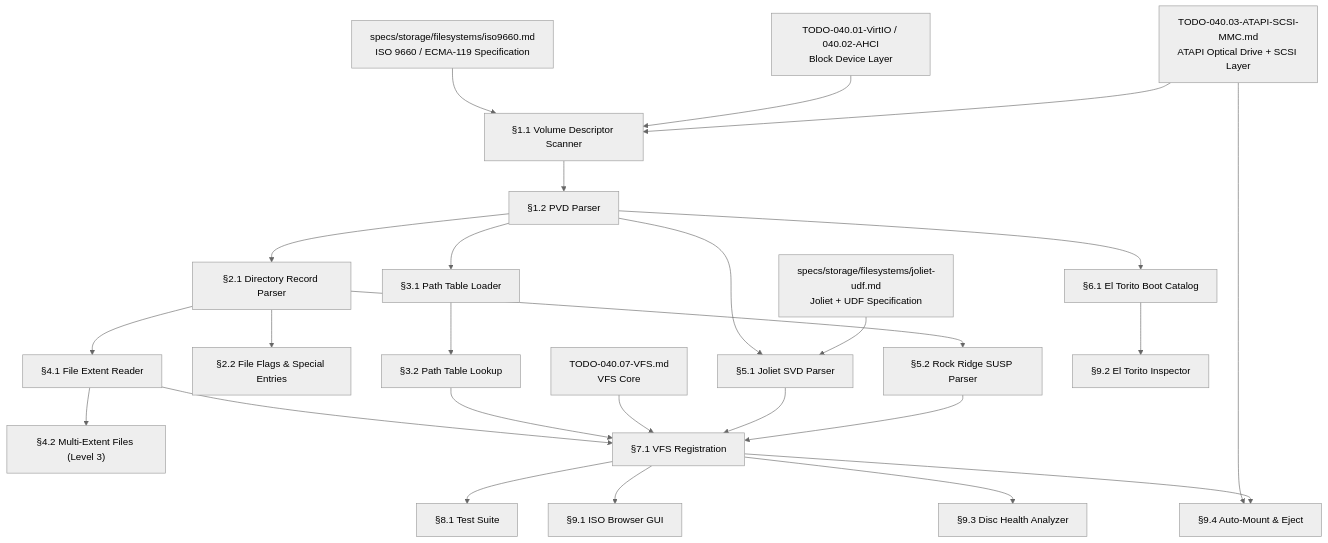
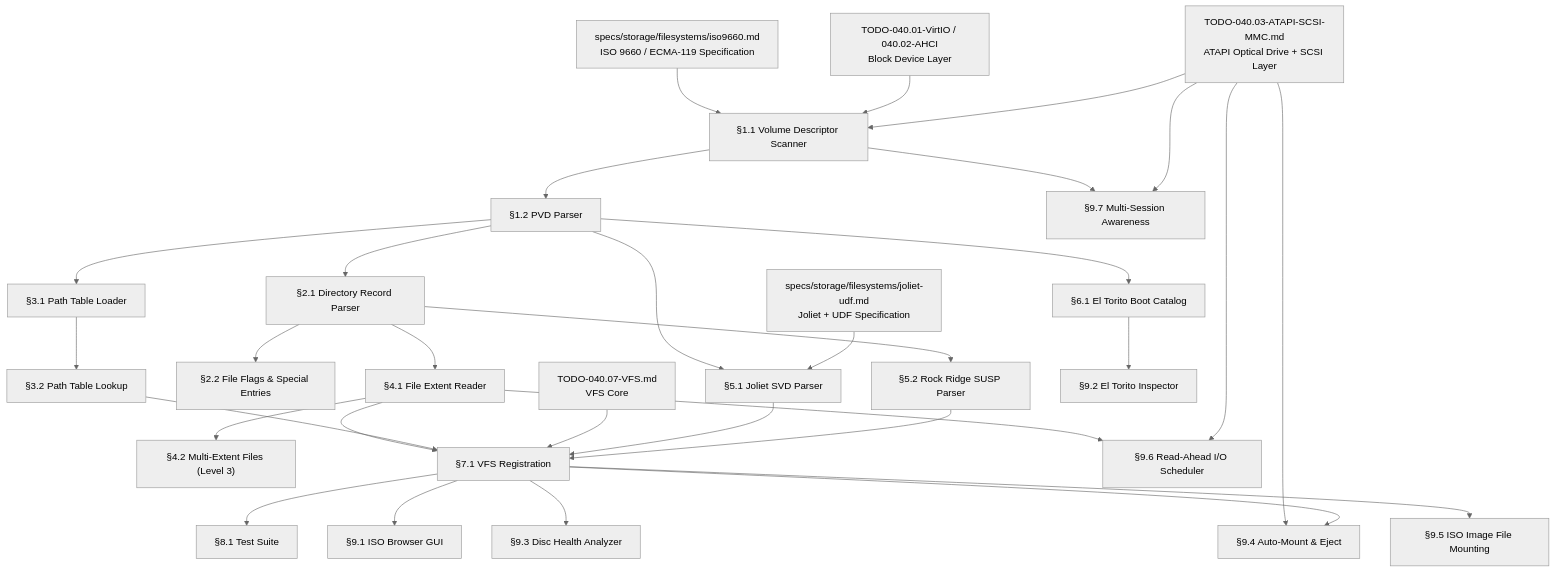
One commit to rizonesoft/impossible-os changed the diagram in todo/010-Kernel-Foundations/TODO-040-Filesystem/TODO-040.18-ISO9660.md. Above: the diagram before and after it, drawn with Mermaid (neutral theme). The commit also changed other lines of this file and 6 other files, not shown here.

````diff
--- a/todo/010-Kernel-Foundations/TODO-040-Filesystem/TODO-040.18-ISO9660.md
+++ b/todo/010-Kernel-Foundations/TODO-040-Filesystem/TODO-040.18-ISO9660.md
@@ -42,52 +42,60 @@
 ```mermaid
 graph TD
     SPEC["specs/storage/filesystems/iso9660.md<br/>ISO 9660 / ECMA-119 Specification"]
     JSPEC["specs/storage/filesystems/joliet-udf.md<br/>Joliet + UDF Specification"]
     ATAPI["TODO-040.03-ATAPI-SCSI-MMC.md<br/>ATAPI Optical Drive + SCSI Layer"]
     BLK["TODO-040.01-VirtIO / 040.02-AHCI<br/>Block Device Layer"]
     VFS["TODO-040.07-VFS.md<br/>VFS Core"]
 
     A["§1.1 Volume Descriptor Scanner"]
     B["§1.2 PVD Parser"]
     C["§2.1 Directory Record Parser"]
     D["§2.2 File Flags & Special Entries"]
     E["§3.1 Path Table Loader"]
     F["§3.2 Path Table Lookup"]
     G["§4.1 File Extent Reader"]
     H["§4.2 Multi-Extent Files (Level 3)"]
     I["§5.1 Joliet SVD Parser"]
     J["§5.2 Rock Ridge SUSP Parser"]
     K["§6.1 El Torito Boot Catalog"]
     L["§7.1 VFS Registration"]
     M["§8.1 Test Suite"]
     N["§9.1 ISO Browser GUI"]
     O["§9.2 El Torito Inspector"]
     P["§9.3 Disc Health Analyzer"]
     Q["§9.4 Auto-Mount & Eject"]
+    R["§9.5 ISO Image File Mounting"]
+    S["§9.6 Read-Ahead I/O Scheduler"]
+    T["§9.7 Multi-Session Awareness"]
 
     SPEC --> A
     BLK --> A
     ATAPI --> A
     A --> B
     B --> C
     C --> D
     B --> E
     E --> F
     C --> G
     G --> H
     B --> I
     JSPEC --> I
     C --> J
     B --> K
     G --> L
     F --> L
     VFS --> L
     L --> M
     I --> L
     J --> L
     L --> N
     K --> O
     L --> P
     ATAPI --> Q
     L --> Q
+    L --> R
+    G --> S
+    ATAPI --> S
+    A --> T
+    ATAPI --> T
 ```
````
